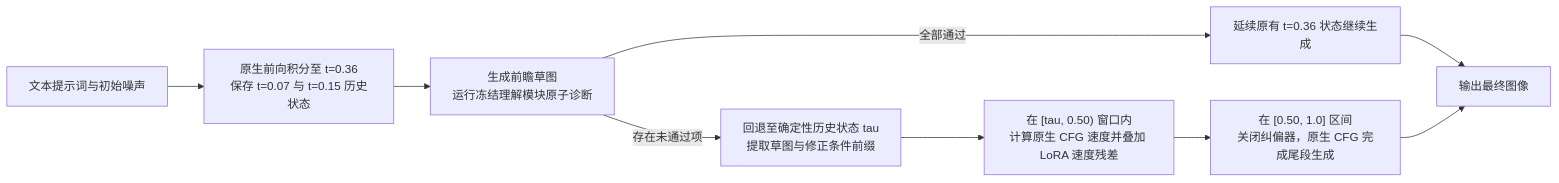
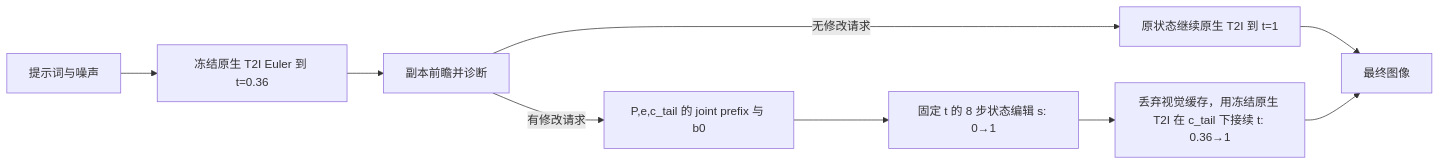
Before and after one commit to zyd-ustc/bagel-LatentCoT: the diagram in docs/inference.md, drawn with Mermaid. The commit also changed other lines of this file and 35 other files, not shown here.

First line of the commit message:
Adopt isochronic state-flow editing and simplify the package

````diff
--- a/docs/inference.md
+++ b/docs/inference.md
@@ -9,11 +5,11 @@
 ```mermaid
 flowchart LR
-    A["文本提示词与初始噪声"] --> B["原生前向积分至 t=0.36\n保存 t=0.07 与 t=0.15 历史状态"]
-    B --> C["生成前瞻草图\n运行冻结理解模块原子诊断"]
-    C -->|全部通过| D["延续原有 t=0.36 状态继续生成"]
-    C -->|存在未通过项| E["回退至确定性历史状态 tau\n提取草图与修正条件前缀"]
-    E --> F["在 [tau, 0.50) 窗口内\n计算原生 CFG 速度并叠加 LoRA 速度残差"]
-    F --> G["在 [0.50, 1.0] 区间\n关闭纠偏器，原生 CFG 完成尾段生成"]
-    D --> H["输出最终图像"]
-    G --> H
+    A["提示词与噪声"] --> B["冻结原生 T2I Euler 到 t=0.36"]
+    B --> C["副本前瞻并诊断"]
+    C -->|无修改请求| D["原状态继续原生 T2I 到 t=1"]
+    C -->|有修改请求| E["P,e,c_tail 的 joint prefix 与 b0"]
+    E --> F["固定 t 的 8 步状态编辑 s: 0→1"]
+    F --> G["丢弃视觉缓存，用冻结原生 T2I 在 c_tail 下接续 t: 0.36→1"]
+    D --> H["最终图像"]
+    G --> H["最终图像"]
 ```
````
